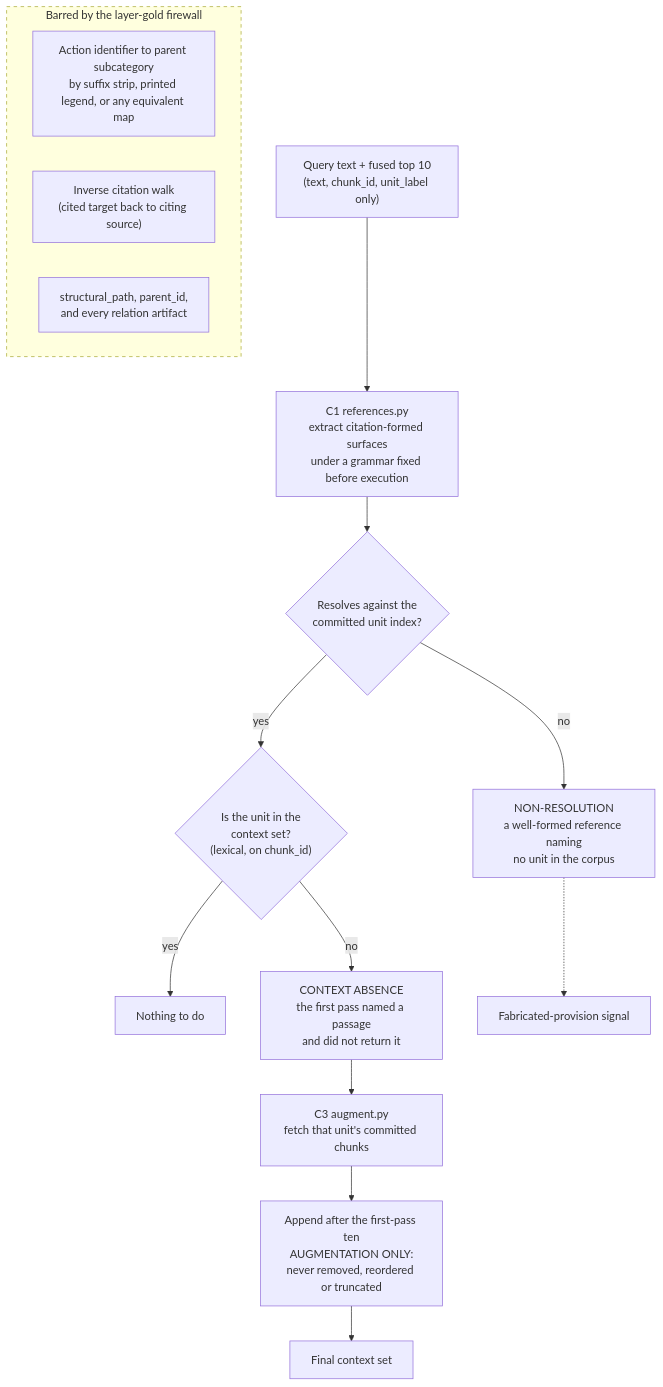
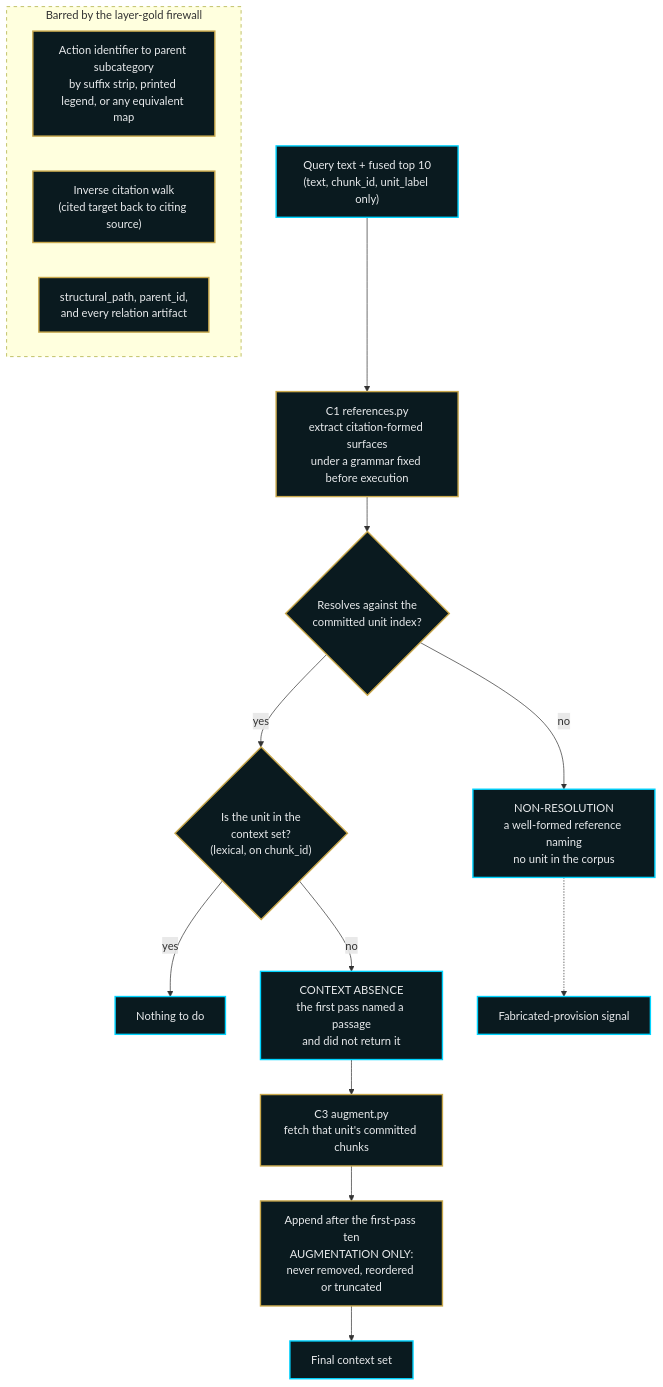
One commit to HasanYoussef-AI/architect-rag-verification changed the diagram in docs/RESULTS.md. Above: the diagram before and after it, drawn with Mermaid. The commit also changed 1 other file, not shown here.

````diff
--- a/docs/RESULTS.md
+++ b/docs/RESULTS.md
@@ -216,26 +216,30 @@
 ```mermaid
 flowchart TB
-    IN["Query text + fused top 10<br/>(text, chunk_id, unit_label only)"]
-    IN --> EX["C1 references.py<br/>extract citation-formed surfaces<br/>under a grammar fixed before execution"]
-    EX --> RES{"Resolves against the<br/>committed unit index?"}
+    IN["Query text + fused top 10<br/>(text, chunk_id, unit_label only)"]:::data
+    IN --> EX["C1 references.py<br/>extract citation-formed surfaces<br/>under a grammar fixed before execution"]:::layer
+    EX --> RES{"Resolves against the<br/>committed unit index?"}:::layer
 
-    RES -->|no| NR["NON-RESOLUTION<br/>a well-formed reference naming<br/>no unit in the corpus"]
-    RES -->|yes| MEM{"Is the unit in the<br/>context set?<br/>(lexical, on chunk_id)"}
+    RES -->|no| NR["NON-RESOLUTION<br/>a well-formed reference naming<br/>no unit in the corpus"]:::out
+    RES -->|yes| MEM{"Is the unit in the<br/>context set?<br/>(lexical, on chunk_id)"}:::layer
 
-    MEM -->|yes| KEEP["Nothing to do"]
-    MEM -->|no| CA["CONTEXT ABSENCE<br/>the first pass named a passage<br/>and did not return it"]
+    MEM -->|yes| KEEP["Nothing to do"]:::out
+    MEM -->|no| CA["CONTEXT ABSENCE<br/>the first pass named a passage<br/>and did not return it"]:::out
 
-    CA --> FETCH["C3 augment.py<br/>fetch that unit's committed chunks"]
-    FETCH --> APPEND["Append after the first-pass ten<br/>AUGMENTATION ONLY:<br/>never removed, reordered or truncated"]
-    APPEND --> OUTC["Final context set"]
+    CA --> FETCH["C3 augment.py<br/>fetch that unit's committed chunks"]:::layer
+    FETCH --> APPEND["Append after the first-pass ten<br/>AUGMENTATION ONLY:<br/>never removed, reordered or truncated"]:::layer
+    APPEND --> OUTC["Final context set"]:::out
 
-    NR -.-> DIAG["Fabricated-provision signal"]
+    NR -.-> DIAG["Fabricated-provision signal"]:::out
 
     subgraph bar["Barred by the layer-gold firewall"]
-        X1["Action identifier to parent subcategory<br/>by suffix strip, printed legend, or any equivalent map"]
-        X2["Inverse citation walk<br/>(cited target back to citing source)"]
-        X3["structural_path, parent_id,<br/>and every relation artifact"]
+        X1["Action identifier to parent subcategory<br/>by suffix strip, printed legend, or any equivalent map"]:::layer
+        X2["Inverse citation walk<br/>(cited target back to citing source)"]:::layer
+        X3["structural_path, parent_id,<br/>and every relation artifact"]:::layer
     end
 
     style bar stroke-dasharray: 5 5
+
+    classDef layer fill:#0A1A1F,stroke:#C9A84C,stroke-width:2px,color:#E8EAEC
+    classDef data fill:#0A1A1F,stroke:#00D4FF,stroke-width:2px,color:#E8EAEC
+    classDef out fill:#0A1A1F,stroke:#00D4FF,stroke-width:2px,color:#E8EAEC
 ```
````
